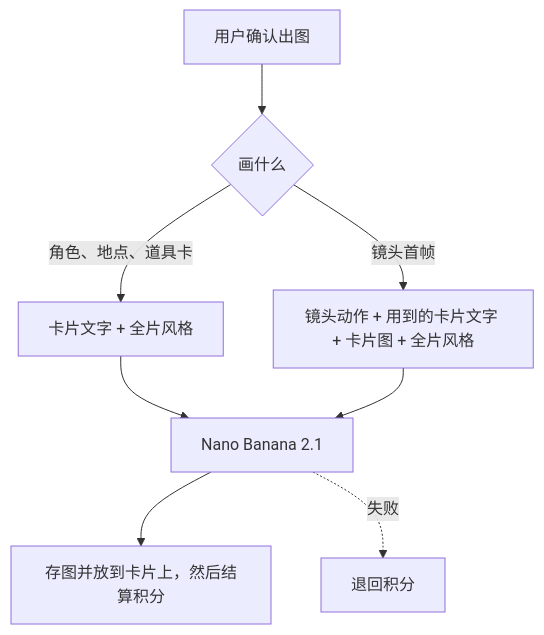
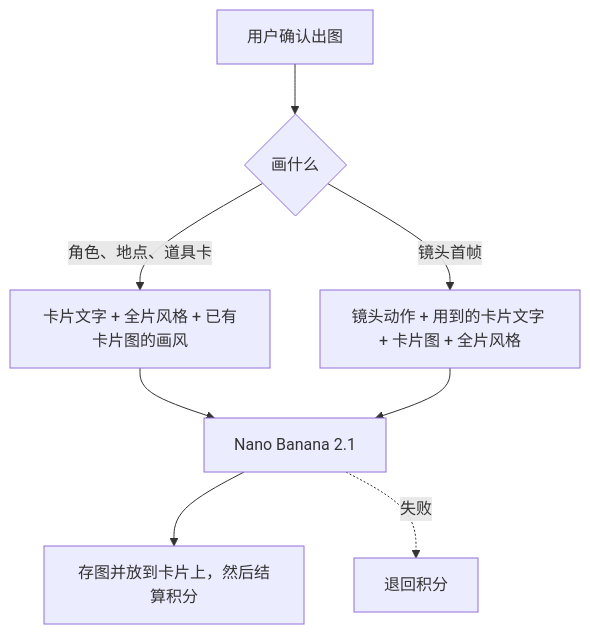
The third of 3 diagrams in docs/AI-FLOWS.zh-CN.md (inkseq/h3-studio), drawn with Mermaid before and after one commit. The commit also changed other lines of this file and 4 other files, not shown here.

````diff
--- a/docs/AI-FLOWS.zh-CN.md
+++ b/docs/AI-FLOWS.zh-CN.md
@@ -66,10 +66,10 @@
 ```mermaid
 flowchart TD
   A[用户确认出图] --> B{画什么}
-  B -->|角色、地点、道具卡| C[卡片文字 + 全片风格]
+  B -->|角色、地点、道具卡| C[卡片文字 + 全片风格 + 已有卡片图的画风]
   B -->|镜头首帧| D[镜头动作 + 用到的卡片文字 + 卡片图 + 全片风格]
   C --> E[Nano Banana 2.1]
   D --> E
   E --> F[存图并放到卡片上，然后结算积分]
   E -. 失败 .-> X[退回积分]
 ```
````
